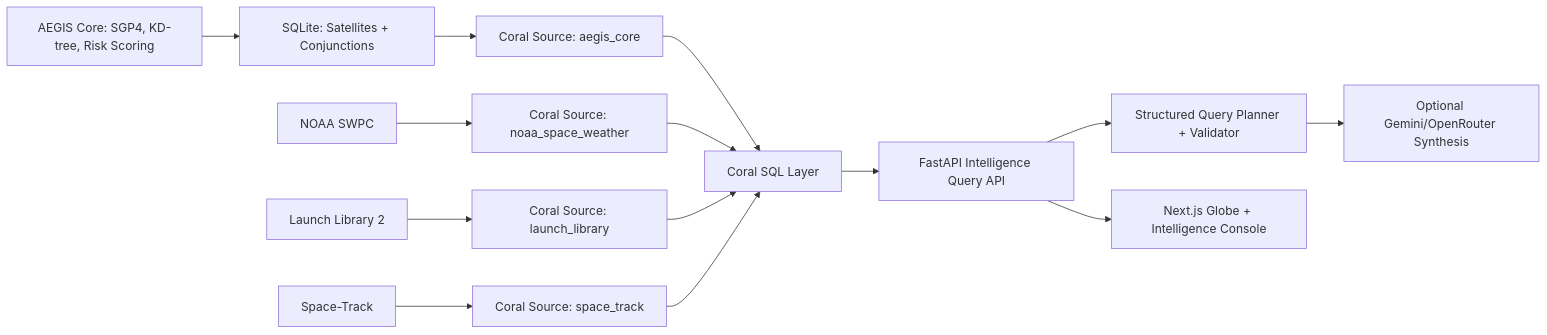
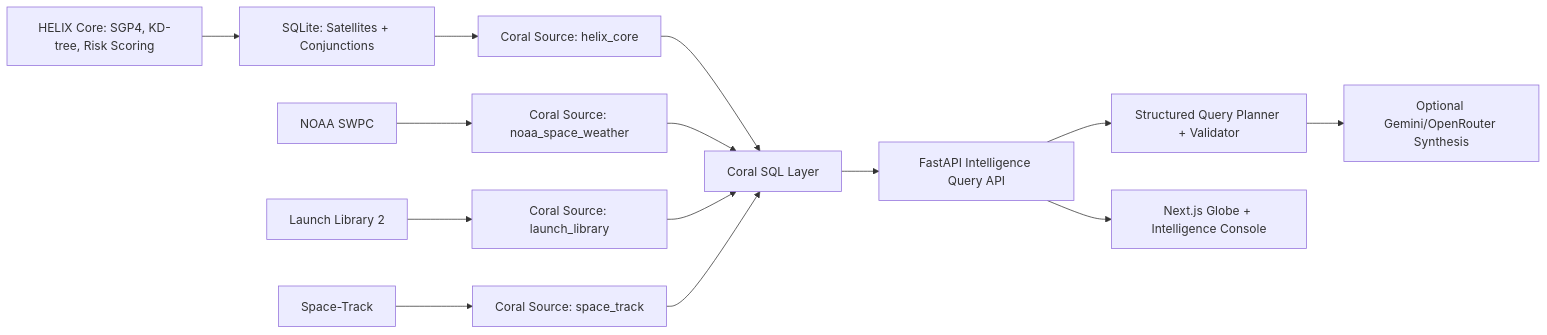
Before and after one commit to kris70lesgo/helix: the diagram in docs/demo.md, drawn with Mermaid. The commit also changed other lines of this file and 34 other files, not shown here.

Commit message:
Rename AEGIS branding to HELIX

````diff
--- a/docs/demo.md
+++ b/docs/demo.md
@@ -9,16 +9,16 @@
 ```mermaid
 flowchart LR
-  A["AEGIS Core: SGP4, KD-tree, Risk Scoring"] --> B["SQLite: Satellites + Conjunctions"]
-  B --> C["Coral Source: aegis_core"]
+  A["HELIX Core: SGP4, KD-tree, Risk Scoring"] --> B["SQLite: Satellites + Conjunctions"]
+  B --> C["Coral Source: helix_core"]
   D["NOAA SWPC"] --> E["Coral Source: noaa_space_weather"]
   F["Launch Library 2"] --> G["Coral Source: launch_library"]
   H["Space-Track"] --> I["Coral Source: space_track"]
   C --> J["Coral SQL Layer"]
   E --> J
   G --> J
   I --> J
   J --> K["FastAPI Intelligence Query API"]
   K --> L["Structured Query Planner + Validator"]
   L --> M["Optional Gemini/OpenRouter Synthesis"]
   K --> N["Next.js Globe + Intelligence Console"]
 ```
````
